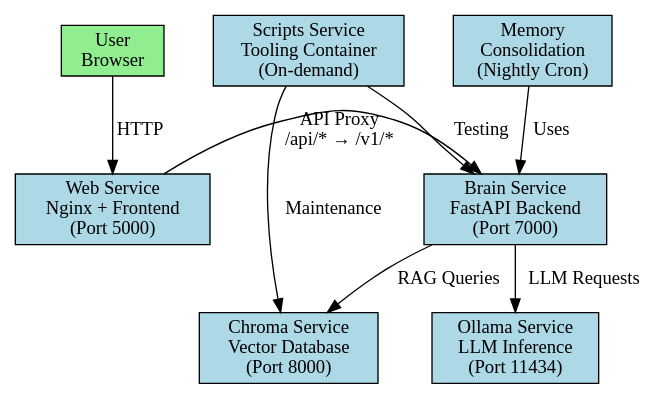
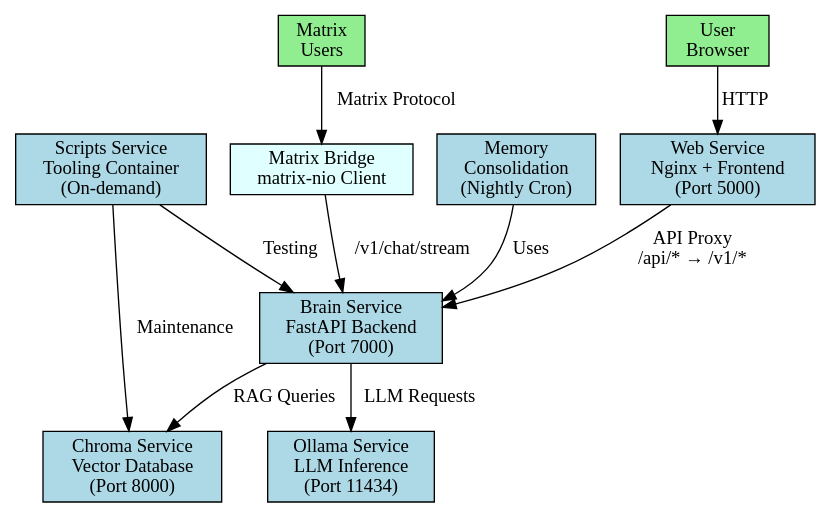
Before and after one commit to luna-system/ada: the first of 8 diagrams in docs/architecture.rst, drawn with Graphviz. The commit also changed 4 other files, not shown here.

```diff
--- a/docs/architecture.rst
+++ b/docs/architecture.rst
@@ -11,25 +11,31 @@
 .. graphviz::
 
    digraph system {
        rankdir=TB;
        node [shape=box, style=filled, fillcolor=lightblue];
        
        user [label="User\nBrowser", fillcolor=lightgreen];
+       matrix_user [label="Matrix\nUsers", fillcolor=lightgreen];
        web [label="Web Service\nNginx + Frontend\n(Port 5000)"];
+       matrix_bridge [label="Matrix Bridge\nmatrix-nio Client", fillcolor=lightcyan];
        brain [label="Brain Service\nFastAPI Backend\n(Port 7000)"];
        ollama [label="Ollama Service\nLLM Inference\n(Port 11434)"];
        chroma [label="Chroma Service\nVector Database\n(Port 8000)"];
        consolidation [label="Memory\nConsolidation\n(Nightly Cron)"];
        scripts [label="Scripts Service\nTooling Container\n(On-demand)"];
        
        user -> web [label="HTTP"];
+       matrix_user -> matrix_bridge [label="Matrix Protocol"];
        web -> brain [label="API Proxy\n/api/* → /v1/*"];
+       matrix_bridge -> brain [label="/v1/chat/stream"];
        brain -> ollama [label="LLM Requests"];
        brain -> chroma [label="RAG Queries"];
        consolidation -> brain [label="Uses"];
        scripts -> chroma [label="Maintenance"];
        scripts -> brain [label="Testing"];
        
-       {rank=same; web; brain;}
+       {rank=same; user; matrix_user;}
+       {rank=same; web; matrix_bridge;}
+       {rank=same; brain;}
        {rank=same; ollama; chroma;}
    }
```
